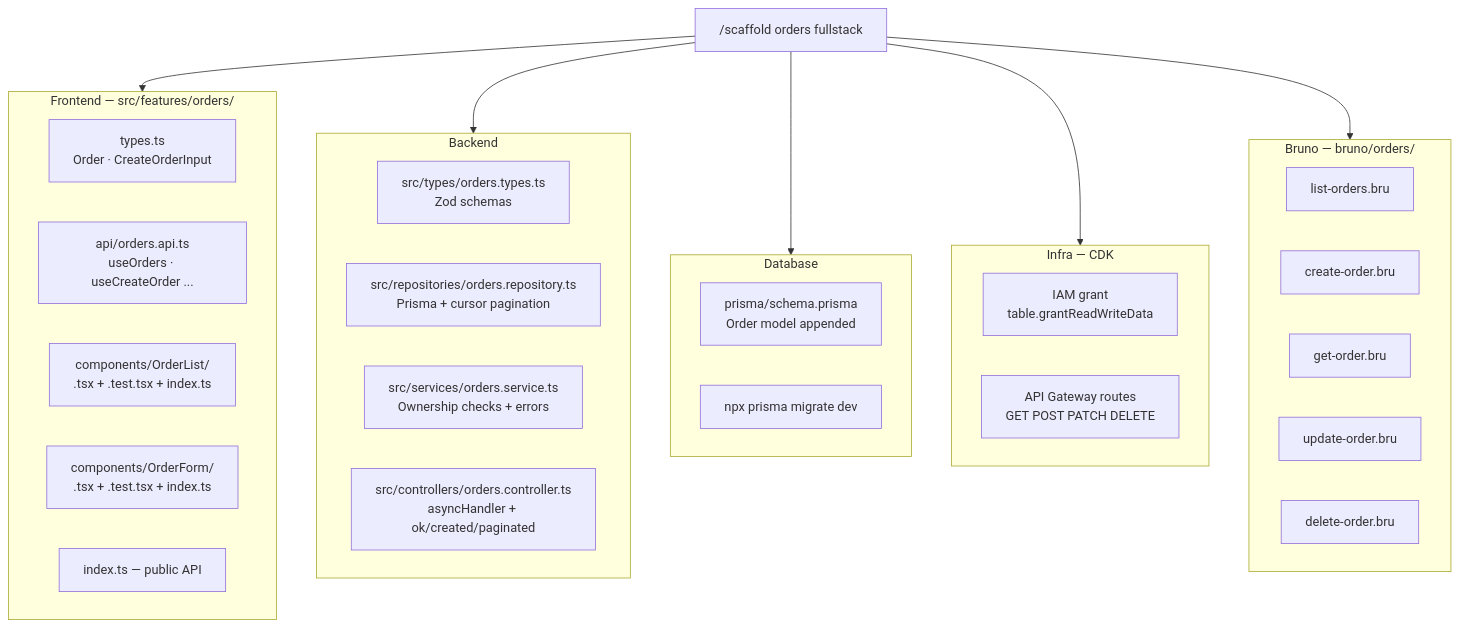
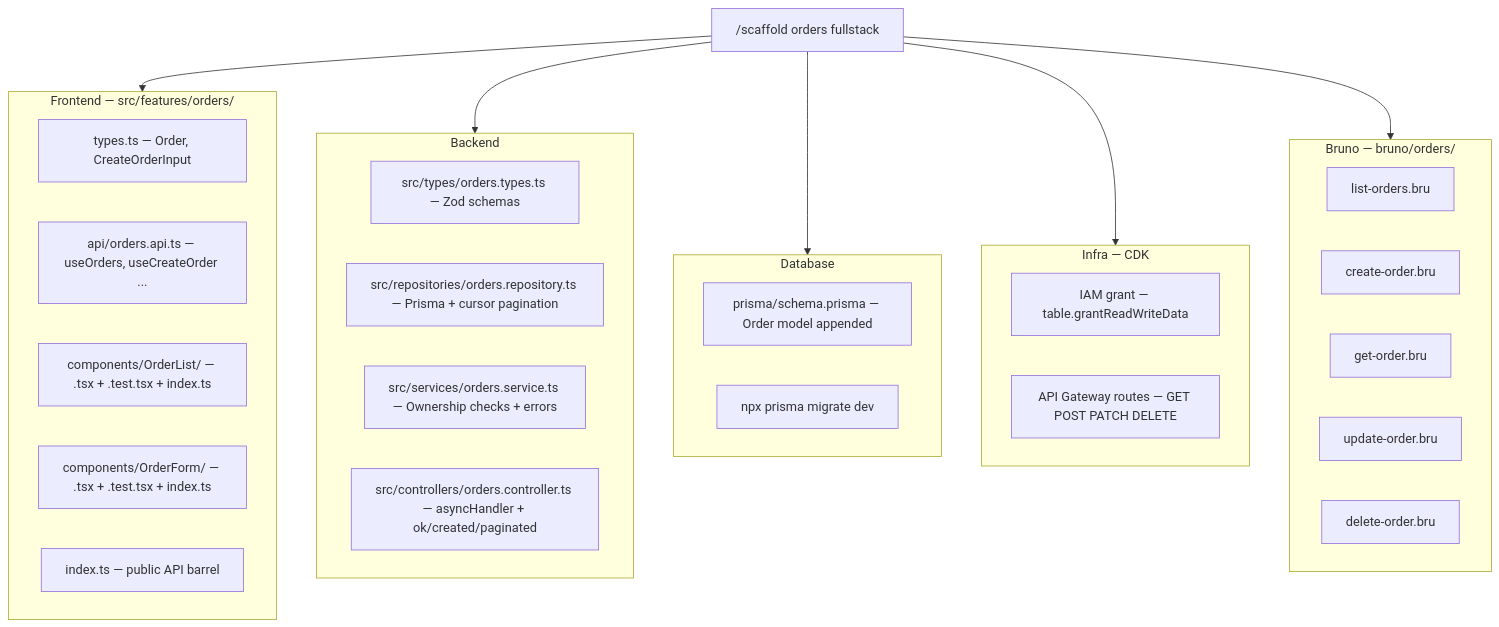
One commit to manikumarkv/devrunway-claude-plugin changed the tenth of 10 diagrams in README.md. Above: the diagram before and after it, drawn with Mermaid. The commit also changed other lines of this file, not shown here.

First line of the commit message:
fix(docs): fix Mermaid lexer errors in all diagrams

````diff
--- a/README.md
+++ b/README.md
@@ -313,37 +314,37 @@
 ```mermaid
 flowchart TD
     CMD["/scaffold orders fullstack"] --> FE & BE & DB & INFRA & BRUNO
 
-    subgraph FE[Frontend — src/features/orders/]
-        F1[types.ts\nOrder · CreateOrderInput]
-        F2[api/orders.api.ts\nuseOrders · useCreateOrder ...]
-        F3[components/OrderList/\n.tsx + .test.tsx + index.ts]
-        F4[components/OrderForm/\n.tsx + .test.tsx + index.ts]
-        F5[index.ts — public API]
+    subgraph FE["Frontend — src/features/orders/"]
+        F1["types.ts — Order, CreateOrderInput"]
+        F2["api/orders.api.ts — useOrders, useCreateOrder ..."]
+        F3["components/OrderList/ — .tsx + .test.tsx + index.ts"]
+        F4["components/OrderForm/ — .tsx + .test.tsx + index.ts"]
+        F5["index.ts — public API barrel"]
     end
 
-    subgraph BE[Backend]
-        B1[src/types/orders.types.ts\nZod schemas]
-        B2[src/repositories/orders.repository.ts\nPrisma + cursor pagination]
-        B3[src/services/orders.service.ts\nOwnership checks + errors]
-        B4[src/controllers/orders.controller.ts\nasyncHandler + ok/created/paginated]
+    subgraph BE["Backend"]
+        B1["src/types/orders.types.ts — Zod schemas"]
+        B2["src/repositories/orders.repository.ts — Prisma + cursor pagination"]
+        B3["src/services/orders.service.ts — Ownership checks + errors"]
+        B4["src/controllers/orders.controller.ts — asyncHandler + ok/created/paginated"]
     end
 
-    subgraph DB[Database]
-        D1[prisma/schema.prisma\nOrder model appended]
-        D2[npx prisma migrate dev]
+    subgraph DB["Database"]
+        D1["prisma/schema.prisma — Order model appended"]
+        D2["npx prisma migrate dev"]
     end
 
-    subgraph INFRA[Infra — CDK]
-        I1[IAM grant\ntable.grantReadWriteData]
-        I2[API Gateway routes\nGET POST PATCH DELETE]
+    subgraph INFRA["Infra — CDK"]
+        I1["IAM grant — table.grantReadWriteData"]
+        I2["API Gateway routes — GET POST PATCH DELETE"]
     end
 
-    subgraph BRUNO[Bruno — bruno/orders/]
+    subgraph BRUNO["Bruno — bruno/orders/"]
         BR1[list-orders.bru]
         BR2[create-order.bru]
         BR3[get-order.bru]
         BR4[update-order.bru]
         BR5[delete-order.bru]
     end
 ```
````
